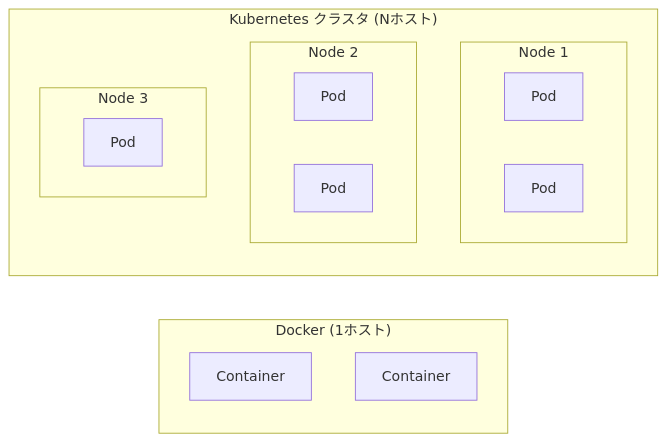
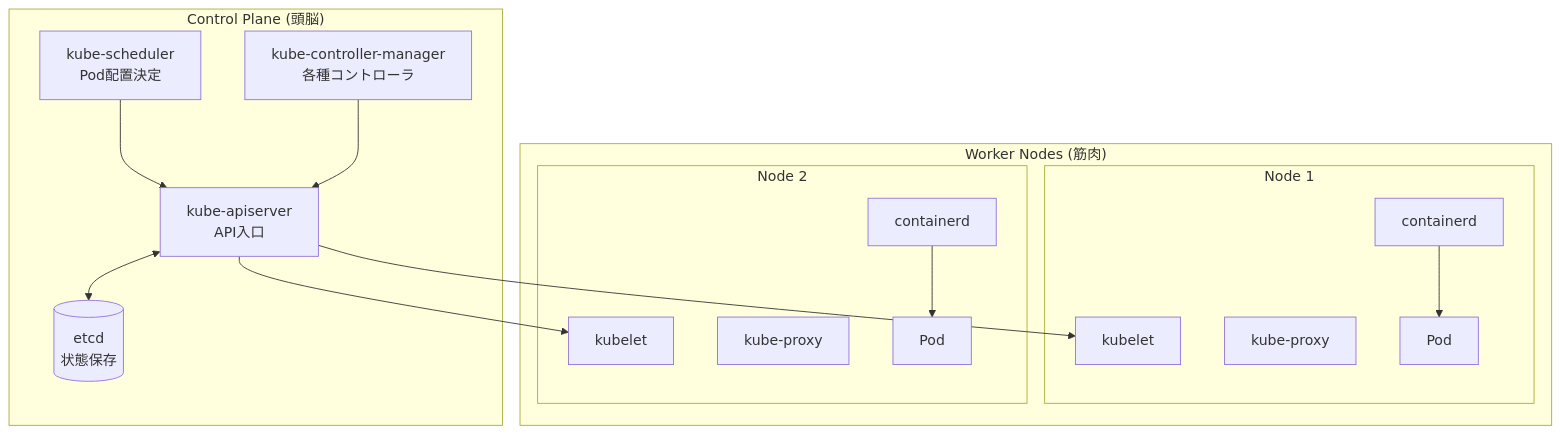
Diagram 17 of 19 in docs/01-introduction/k8s.md (swallowsaba/introduction-k8s), drawn with Mermaid before and after one commit. The commit also changed other lines of this file and 12 other files, not shown here.

````diff
--- a/docs/01-introduction/k8s.md
+++ b/docs/01-introduction/k8s.md
@@ -25,20 +677,28 @@
 ```mermaid
-flowchart LR
-    subgraph Docker["Docker (1ホスト)"]
-        d1[Container]
-        d2[Container]
+flowchart TB
+    subgraph cp["Control Plane (頭脳)"]
+        api[kube-apiserver<br>API入口]
+        etcd[(etcd<br>状態保存)]
+        sched[kube-scheduler<br>Pod配置決定]
+        cm[kube-controller-manager<br>各種コントローラ]
     end
-    subgraph K8s["Kubernetes クラスタ (Nホスト)"]
-        subgraph N1[Node 1]
-            p1[Pod]
-            p2[Pod]
+    subgraph workers["Worker Nodes (筋肉)"]
+        subgraph n1[Node 1]
+            kubelet1[kubelet]
+            proxy1[kube-proxy]
+            rt1[containerd]
+            rt1 --> p1[Pod]
         end
-        subgraph N2[Node 2]
-            p3[Pod]
-            p4[Pod]
-        end
-        subgraph N3[Node 3]
-            p5[Pod]
+        subgraph n2[Node 2]
+            kubelet2[kubelet]
+            proxy2[kube-proxy]
+            rt2[containerd]
+            rt2 --> p2[Pod]
         end
     end
+    api <--> etcd
+    sched --> api
+    cm --> api
+    api --> kubelet1
+    api --> kubelet2
 ```
````
